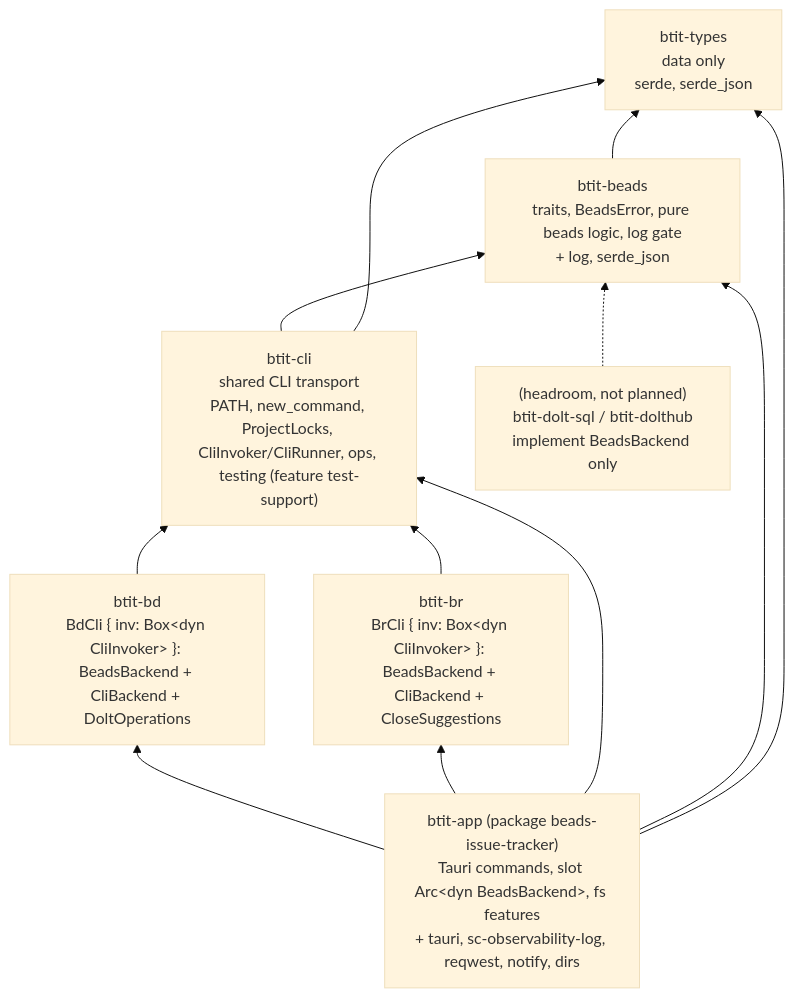
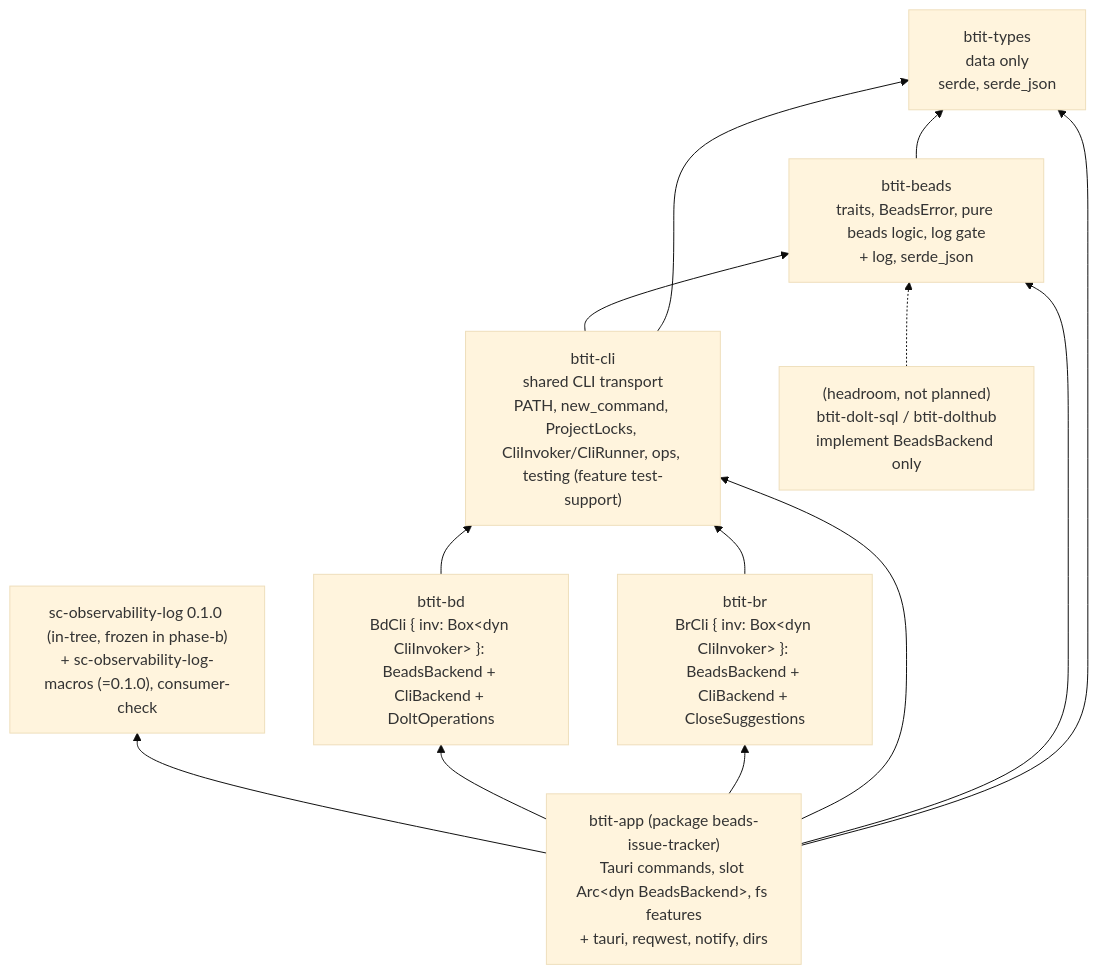
Before and after one commit to randlee/beads-task-issue-tracker: the first of 2 diagrams in docs/plans/phase-b/plan-phase-b.md, drawn with Mermaid (base theme). The commit also changed other lines of this file and 3 other files, not shown here.

First line of the commit message:
docs(plan): phase-b keeps sc-observability-log in-tree (OQ-3)

````diff
--- a/docs/plans/phase-b/plan-phase-b.md
+++ b/docs/plans/phase-b/plan-phase-b.md
@@ -127,20 +127,22 @@
 ```mermaid
 flowchart BT
   types["btit-types<br/>data only<br/>serde, serde_json"]
   beads["btit-beads<br/>traits, BeadsError, pure beads logic, log gate<br/>+ log, serde_json"]
   cli["btit-cli<br/>shared CLI transport<br/>PATH, new_command, ProjectLocks, CliInvoker/CliRunner, ops, testing (feature test-support)"]
   bd["btit-bd<br/>BdCli { inv: Box&lt;dyn CliInvoker&gt; }: BeadsBackend + CliBackend + DoltOperations"]
   br["btit-br<br/>BrCli { inv: Box&lt;dyn CliInvoker&gt; }: BeadsBackend + CliBackend + CloseSuggestions"]
-  app["btit-app (package beads-issue-tracker)<br/>Tauri commands, slot Arc&lt;dyn BeadsBackend&gt;, fs features<br/>+ tauri, sc-observability-log, reqwest, notify, dirs"]
+  app["btit-app (package beads-issue-tracker)<br/>Tauri commands, slot Arc&lt;dyn BeadsBackend&gt;, fs features<br/>+ tauri, reqwest, notify, dirs"]
+  scl["sc-observability-log 0.1.0 (in-tree, frozen in phase-b)<br/>+ sc-observability-log-macros (=0.1.0), consumer-check"]
+  app --> scl
   beads --> types
   cli --> beads
   cli --> types
   bd --> cli
   br --> cli
   app --> bd
   app --> br
   app --> cli
   app --> beads
   app --> types
   future["(headroom, not planned)<br/>btit-dolt-sql / btit-dolthub<br/>implement BeadsBackend only"] -.-> beads
 ```
````
